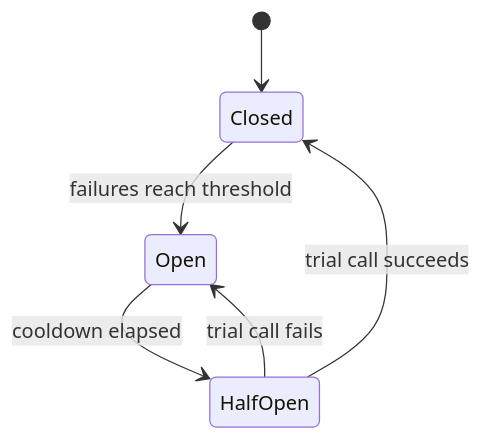
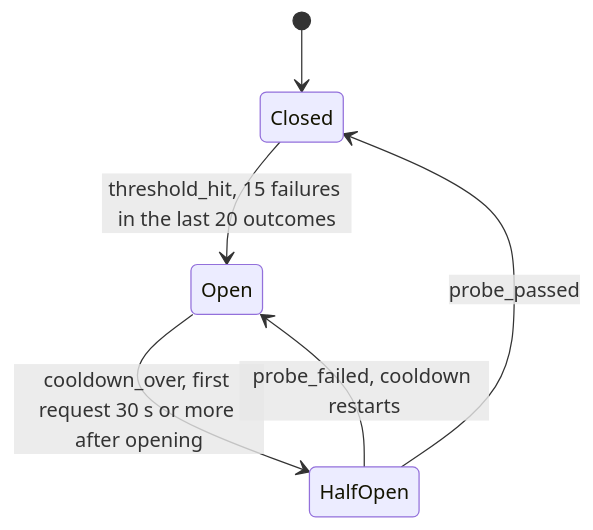
One commit to Jasmeet-011/LLMGateway changed the fourth of 5 diagrams in FLOW.md. Above: the diagram before and after it, drawn with Mermaid. The commit also changed other lines of this file and 3 other files, not shown here.

````diff
--- a/FLOW.md
+++ b/FLOW.md
@@ -115,8 +117,8 @@
 ```mermaid
 stateDiagram-v2
     [*] --> Closed
-    Closed --> Open : failures reach threshold
-    Open --> HalfOpen : cooldown elapsed
-    HalfOpen --> Closed : trial call succeeds
-    HalfOpen --> Open : trial call fails
+    Closed --> Open : threshold_hit, 15 failures in the last 20 outcomes
+    Open --> HalfOpen : cooldown_over, first request 30 s or more after opening
+    HalfOpen --> Closed : probe_passed
+    HalfOpen --> Open : probe_failed, cooldown restarts
 ```
````
